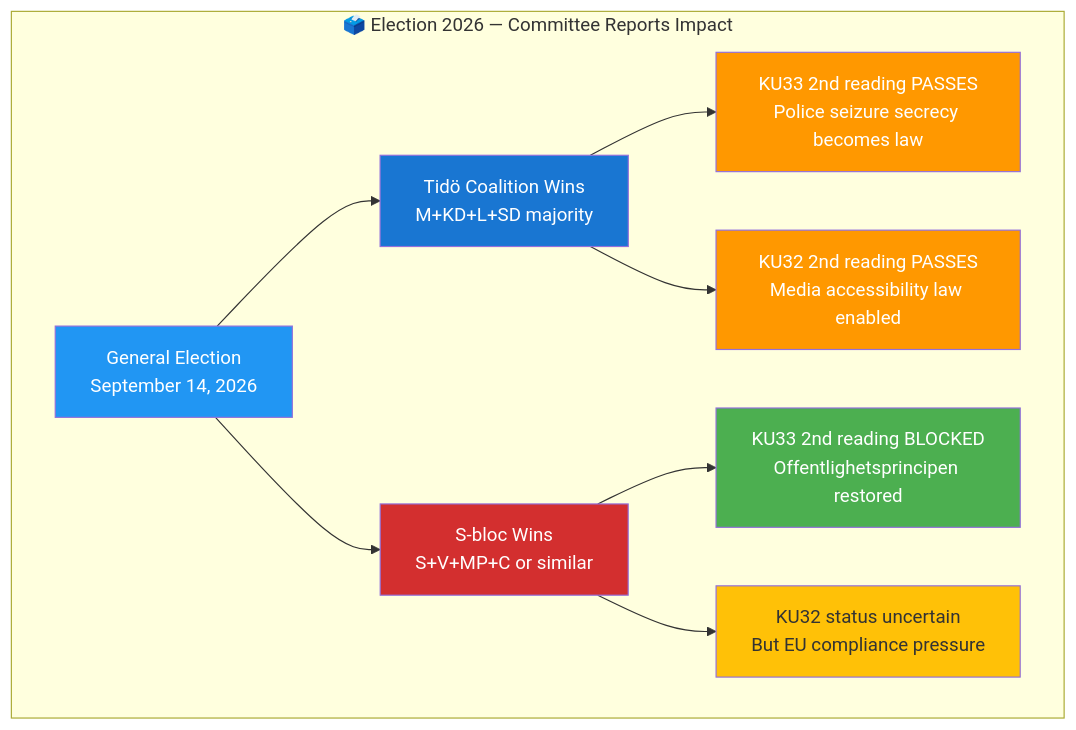
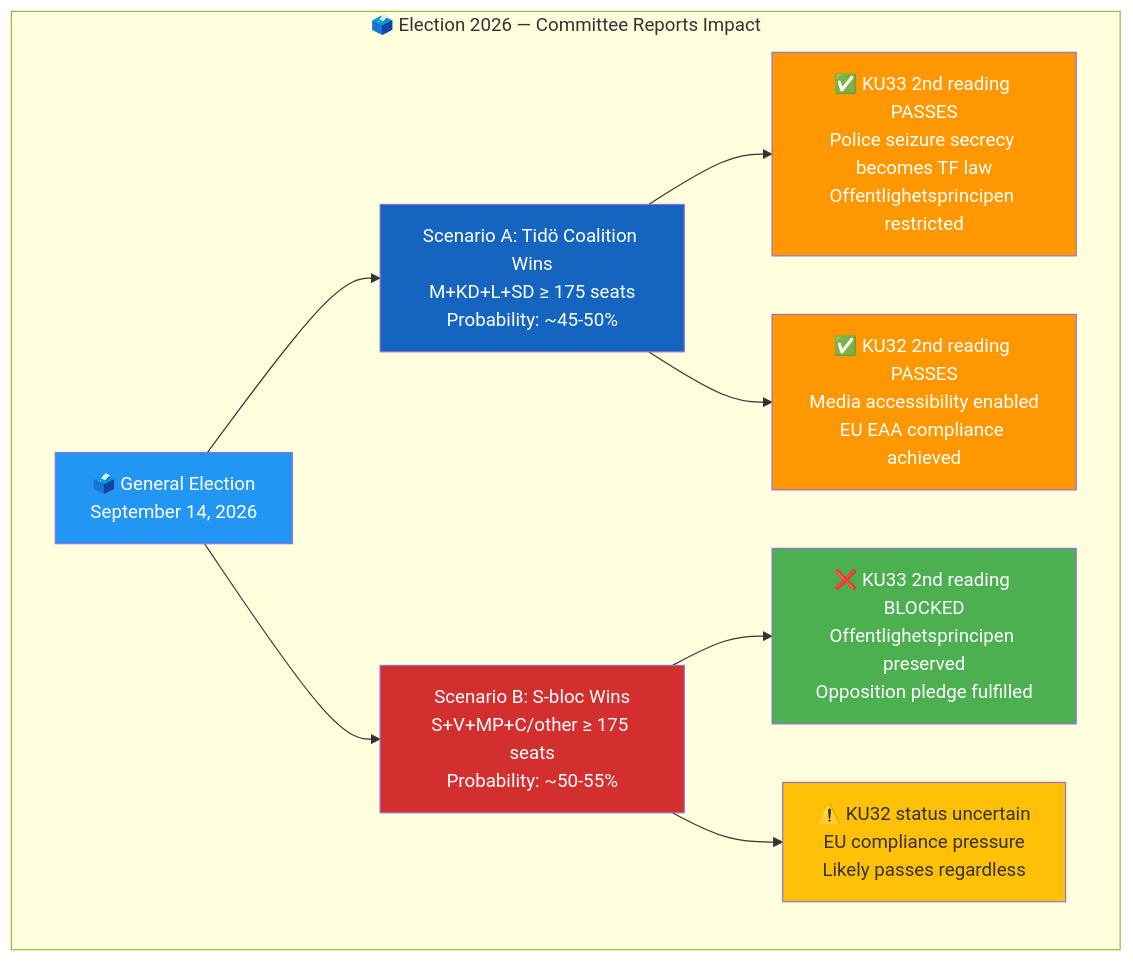
The first of 5 diagrams in analysis/daily/2026-04-20/committeeReports/election-2026-analysis.md (Hack23/riksdagsmonitor), drawn with Mermaid before and after one commit. The commit also changed other lines of this file and 14 other files, not shown here.

````diff
--- a/analysis/daily/2026-04-20/committeeReports/election-2026-analysis.md
+++ b/analysis/daily/2026-04-20/committeeReports/election-2026-analysis.md
@@ -11,27 +44,29 @@
 ```mermaid
 graph TD
     subgraph "🗳️ Election 2026 — Committee Reports Impact"
-        ELEC["General Election<br/>September 14, 2026"]
-        TIDO["Tidö Coalition Wins<br/>M+KD+L+SD majority"]
-        LEFT["S-bloc Wins<br/>S+V+MP+C or similar"]
+        ELEC["🗳️ General Election<br/>September 14, 2026"]
         
-        KU33A["KU33 2nd reading PASSES<br/>Police seizure secrecy becomes law"]
-        KU33B["KU33 2nd reading BLOCKED<br/>Offentlighetsprincipen restored"]
-        KU32A["KU32 2nd reading PASSES<br/>Media accessibility law enabled"]
-        KU32B["KU32 status uncertain<br/>But EU compliance pressure"]
+        TIDO["Scenario A: Tidö Coalition Wins<br/>M+KD+L+SD ≥ 175 seats<br/>Probability: ~45-50%"]
+        LEFT["Scenario B: S-bloc Wins<br/>S+V+MP+C/other ≥ 175 seats<br/>Probability: ~50-55%"]
+        
+        KU33A["✅ KU33 2nd reading PASSES<br/>Police seizure secrecy becomes TF law<br/>Offentlighetsprincipen restricted"]
+        KU33B["❌ KU33 2nd reading BLOCKED<br/>Offentlighetsprincipen preserved<br/>Opposition pledge fulfilled"]
+        KU32A["✅ KU32 2nd reading PASSES<br/>Media accessibility enabled<br/>EU EAA compliance achieved"]
+        KU32B["⚠️ KU32 status uncertain<br/>EU compliance pressure<br/>Likely passes regardless"]
         
         ELEC --> TIDO
         ELEC --> LEFT
         TIDO --> KU33A
         TIDO --> KU32A
         LEFT --> KU33B
         LEFT --> KU32B
     end
+
     style ELEC fill:#2196F3,color:#fff
-    style TIDO fill:#1976D2,color:#fff
+    style TIDO fill:#1565C0,color:#fff
     style LEFT fill:#D32F2F,color:#fff
     style KU33A fill:#FF9800,color:#fff
     style KU33B fill:#4CAF50,color:#fff
     style KU32A fill:#FF9800,color:#fff
     style KU32B fill:#FFC107,color:#333
 ```
````
